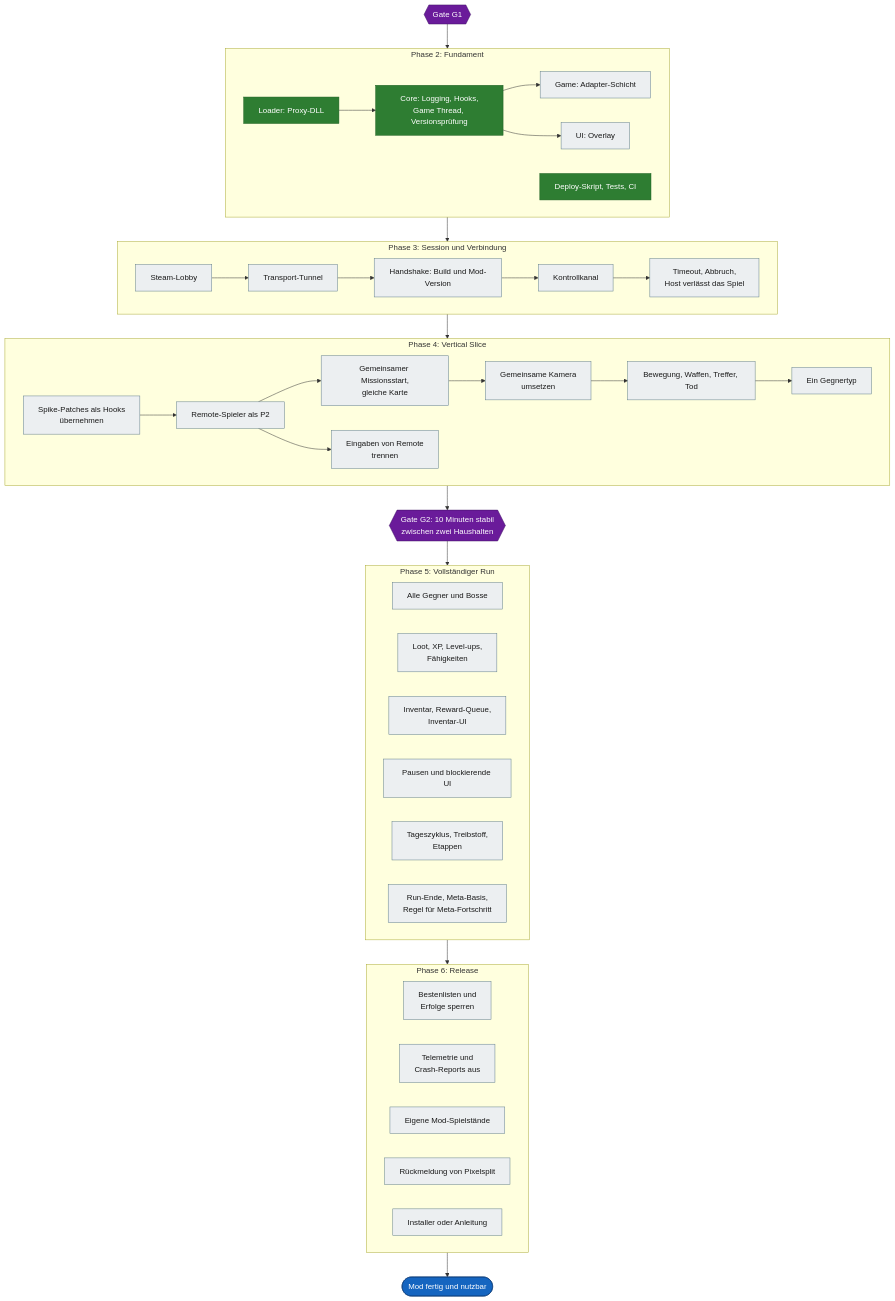
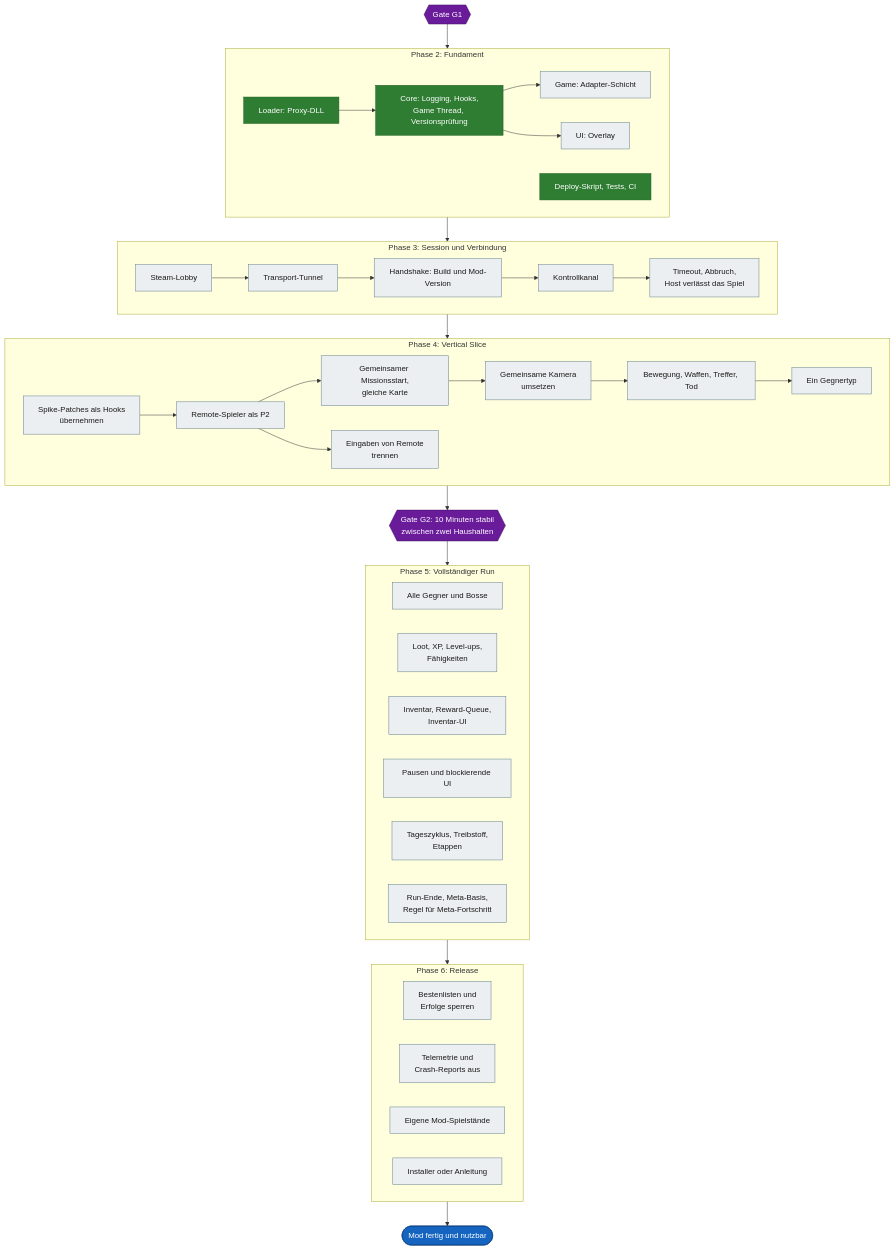
One commit to VitaminStack/Deadly-Days-Roadtrip-Multiplayer-Mod changed the third of 4 diagrams in docs/ROADMAP.md. Above: the diagram before and after it, drawn with Mermaid. The commit also changed other lines of this file and 2 other files, not shown here.

First line of the commit message:
Pixelsplit: Kontakt- und Klaerungsbedarf aus Projektplanung entfernen (#58)

````diff
--- a/docs/ROADMAP.md
+++ b/docs/ROADMAP.md
@@ -139,64 +135,63 @@
 ```mermaid
 flowchart TD
     G1{{"Gate G1"}}:::gate
 
     subgraph PH2["Phase 2: Fundament"]
         L["Loader: Proxy-DLL"]:::done
         C["Core: Logging, Hooks,<br/>Game Thread, Versionsprüfung"]:::done
         GA["Game: Adapter-Schicht"]:::open
         U["UI: Overlay"]:::open
         W["Deploy-Skript, Tests, CI"]:::done
         L --> C --> GA
         C --> U
     end
 
     subgraph PH3["Phase 3: Session und Verbindung"]
         LO["Steam-Lobby"]:::open
         TN["Transport-Tunnel"]:::open
         HS["Handshake: Build und Mod-Version"]:::open
         FE["Timeout, Abbruch,<br/>Host verlässt das Spiel"]:::open
         KK["Kontrollkanal"]:::open
         LO --> TN --> HS --> KK --> FE
     end
 
     subgraph PH4["Phase 4: Vertical Slice"]
         SH["Spike-Patches als Hooks<br/>übernehmen"]:::open
         R2["Remote-Spieler als P2"]:::open
         MS["Gemeinsamer Missionsstart,<br/>gleiche Karte"]:::open
         KM["Gemeinsame Kamera<br/>umsetzen"]:::open
         KA["Bewegung, Waffen, Treffer, Tod"]:::open
         GT["Ein Gegnertyp"]:::open
         EI["Eingaben von Remote<br/>trennen"]:::open
         SH --> R2 --> MS --> KM --> KA --> GT
         R2 --> EI
     end
 
     G2{{"Gate G2: 10 Minuten stabil<br/>zwischen zwei Haushalten"}}:::gate
 
     subgraph PH5["Phase 5: Vollständiger Run"]
         GE["Alle Gegner und Bosse"]:::open
         XP["Loot, XP, Level-ups,<br/>Fähigkeiten"]:::open
         IV["Inventar, Reward-Queue,<br/>Inventar-UI"]:::open
         PU["Pausen und blockierende UI"]:::open
         TG["Tageszyklus, Treibstoff,<br/>Etappen"]:::open
         ME["Run-Ende, Meta-Basis,<br/>Regel für Meta-Fortschritt"]:::open
     end
 
     subgraph PH6["Phase 6: Release"]
         SB["Bestenlisten und<br/>Erfolge sperren"]:::open
         TE["Telemetrie und<br/>Crash-Reports aus"]:::open
         SV["Eigene Mod-Spielstände"]:::open
-        PS["Rückmeldung von Pixelsplit"]:::open
         IN["Installer oder Anleitung"]:::open
     end
 
     Z(["Mod fertig und nutzbar"]):::goal
 
     G1 --> PH2 --> PH3 --> PH4 --> G2 --> PH5 --> PH6 --> Z
 
     classDef done fill:#2e7d32,stroke:#1b5e20,color:#ffffff
     classDef wip fill:#f9a825,stroke:#b27a00,color:#1a1a1a
     classDef open fill:#eceff1,stroke:#607d8b,color:#1a1a1a
     classDef gate fill:#6a1b9a,stroke:#3e1163,color:#ffffff
     classDef goal fill:#1565c0,stroke:#0d3c78,color:#ffffff
 ```
````
